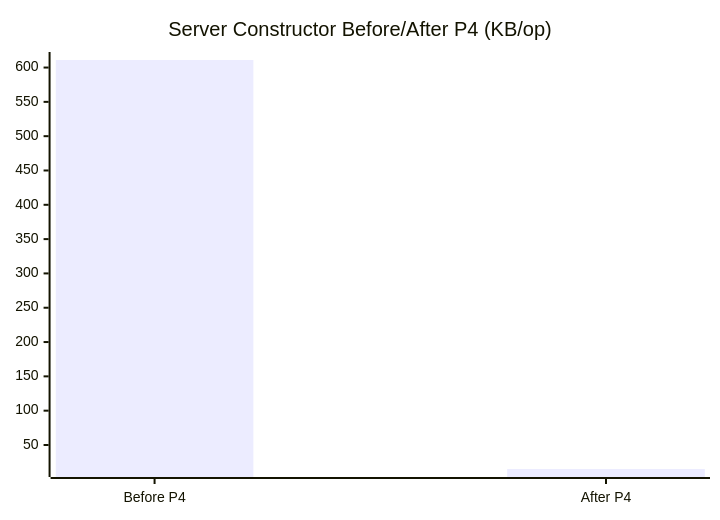
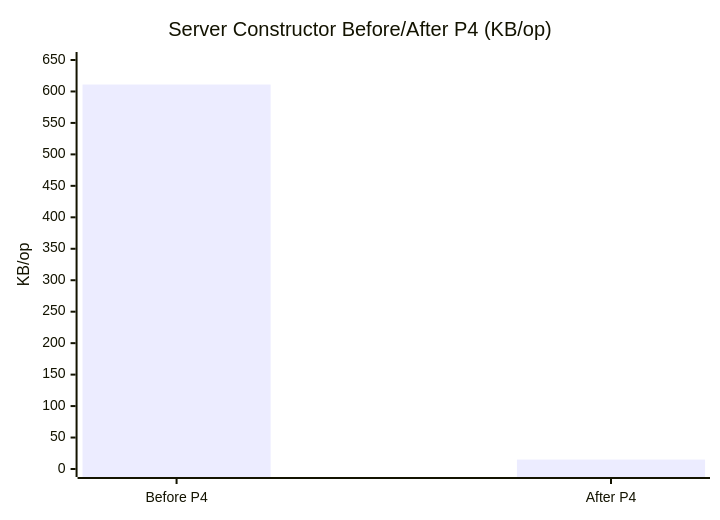
One commit to incursa/quic-dotnet changed the second of 7 diagrams in docs/performance/runs/2026-05-30-154005/charts/charts.md. Above: the diagram before and after it, drawn with Mermaid. The commit also changed other lines of this file and 1 other file, not shown here.

Commit message:
Update performance charts and report with new metrics and axis labels

````diff
--- a/docs/performance/runs/2026-05-30-154005/charts/charts.md
+++ b/docs/performance/runs/2026-05-30-154005/charts/charts.md
@@ -14,6 +15,7 @@
 ```mermaid
 xychart-beta
   title "Server Constructor Before/After P4 (KB/op)"
   x-axis ["Before P4", "After P4"]
+  y-axis "KB/op" 0 --> 650
   bar [611, 15]
 ```
````
